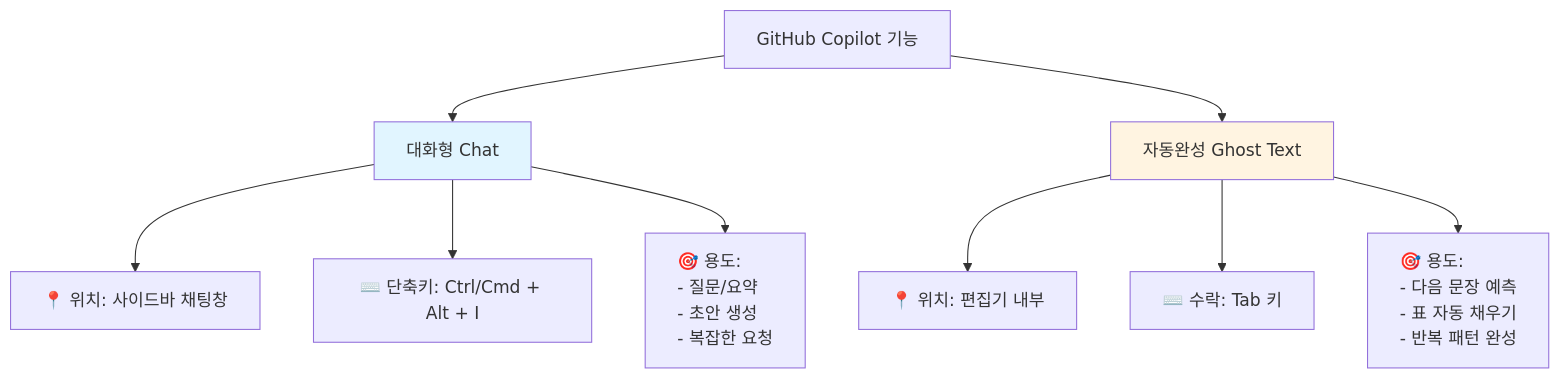
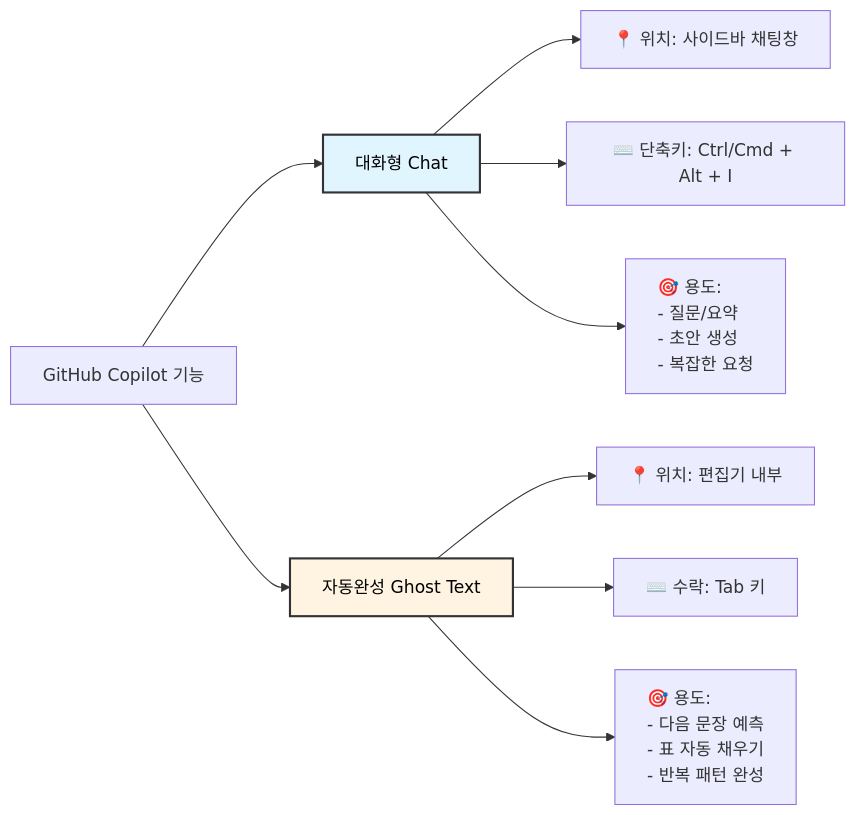
The seventh of 17 diagrams in dist/University_Copilot_Guide_Complete_KO.md (seo-jinseok/GitHub-Copilot-Guide), drawn with Mermaid before and after one commit. The commit also changed other lines of this file, not shown here.

Commit message:
docs: mermaid 그림 색상 수정

````diff
--- a/dist/University_Copilot_Guide_Complete_KO.md
+++ b/dist/University_Copilot_Guide_Complete_KO.md
@@ -400,18 +400,18 @@
 ```mermaid
-graph TD
+graph LR
     A[GitHub Copilot 기능] --> B[대화형 Chat]
     A --> C[자동완성 Ghost Text]
     
     B --> B1["📍 위치: 사이드바 채팅창"]
     B --> B2["⌨️ 단축키: Ctrl/Cmd + Alt + I"]
     B --> B3["🎯 용도:<br/>- 질문/요약<br/>- 초안 생성<br/>- 복잡한 요청"]
     
     C --> C1["📍 위치: 편집기 내부"]
     C --> C2["⌨️ 수락: Tab 키"]
     C --> C3["🎯 용도:<br/>- 다음 문장 예측<br/>- 표 자동 채우기<br/>- 반복 패턴 완성"]
     
-    style B fill:#e1f5ff
-    style C fill:#fff4e1
+    style B fill:#e1f5ff,stroke:#333,stroke-width:2px,color:#000
+    style C fill:#fff4e1,stroke:#333,stroke-width:2px,color:#000
     style B3 text-align:left
     style C3 text-align:left
 ```
````
